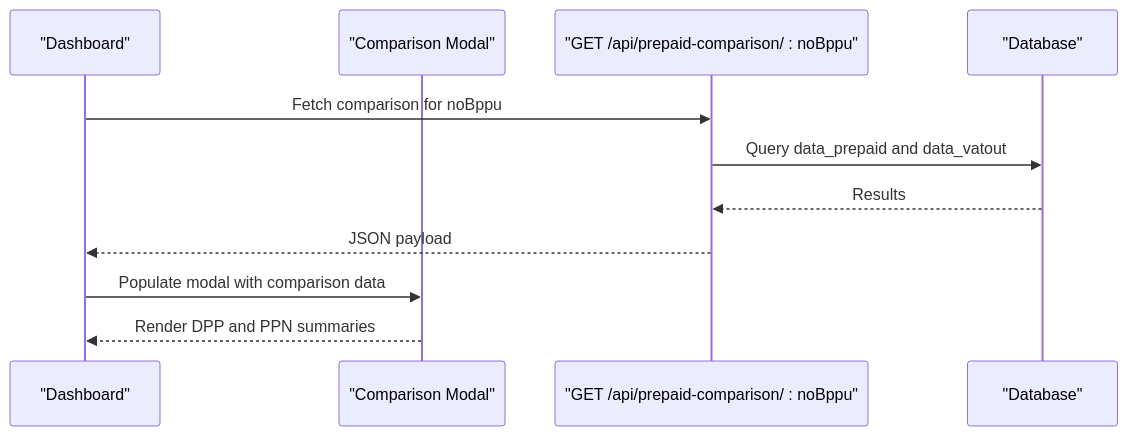
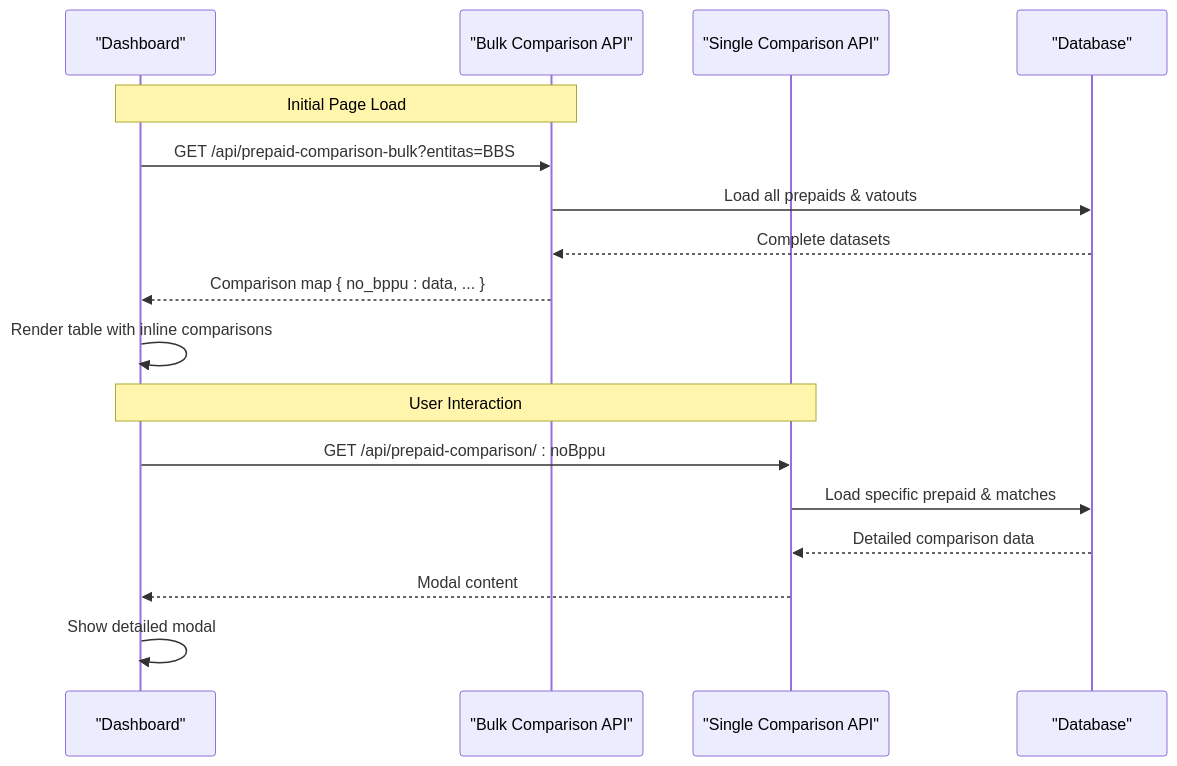
One commit to rendisiagian/TDS_by_RENDISIAGIAN changed the fourth of 5 diagrams in .qoder/repowiki/en/content/API Reference/REST API Endpoints/Specialized Comparison APIs.md. Above: the diagram before and after it, drawn with Mermaid. The commit also changed other lines of this file and 91 other files, not shown here.

````diff
--- a/.qoder/repowiki/en/content/API Reference/REST API Endpoints/Specialized Comparison APIs.md
+++ b/.qoder/repowiki/en/content/API Reference/REST API Endpoints/Specialized Comparison APIs.md
@@ -154,13 +227,19 @@
 ```mermaid
 sequenceDiagram
 participant Dash as "Dashboard"
-participant Comp as "Comparison Modal"
-participant API as "GET /api/prepaid-comparison/ : noBppu"
+participant BulkAPI as "Bulk Comparison API"
+participant SingleAPI as "Single Comparison API"
 participant DB as "Database"
-Dash->>API : Fetch comparison for noBppu
-API->>DB : Query data_prepaid and data_vatout
-DB-->>API : Results
-API-->>Dash : JSON payload
-Dash->>Comp : Populate modal with comparison data
-Comp-->>Dash : Render DPP and PPN summaries
+Note over Dash,BulkAPI : Initial Page Load
+Dash->>BulkAPI : GET /api/prepaid-comparison-bulk?entitas=BBS
+BulkAPI->>DB : Load all prepaids & vatouts
+DB-->>BulkAPI : Complete datasets
+BulkAPI-->>Dash : Comparison map { no_bppu : data, ... }
+Dash->>Dash : Render table with inline comparisons
+Note over Dash,SingleAPI : User Interaction
+Dash->>SingleAPI : GET /api/prepaid-comparison/ : noBppu
+SingleAPI->>DB : Load specific prepaid & matches
+DB-->>SingleAPI : Detailed comparison data
+SingleAPI-->>Dash : Modal content
+Dash->>Dash : Show detailed modal
 ```
````
